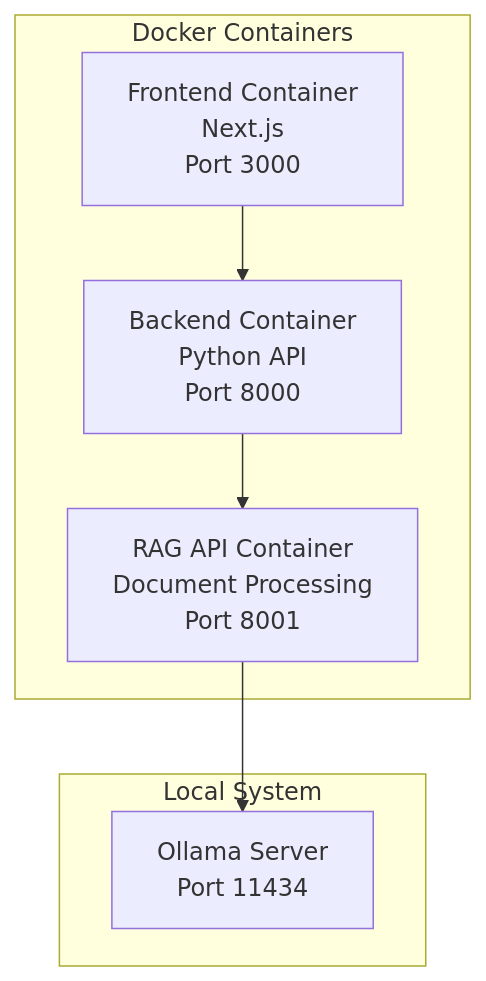
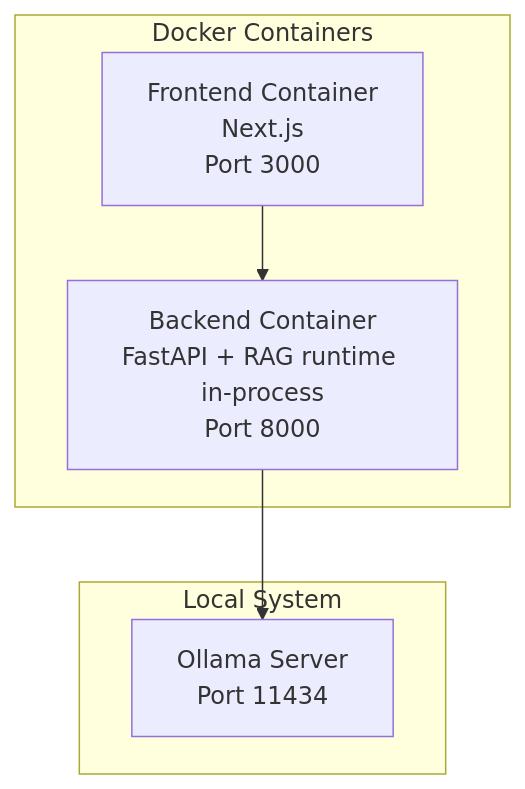
The first of 2 diagrams in Documentation/deployment_guide.md (PromtEngineer/localGPT), drawn with Mermaid before and after one commit. The commit also changed other lines of this file and 21 other files, not shown here.

First line of the commit message:
Retire the standalone RAG API (port 8001)

````diff
--- a/Documentation/deployment_guide.md
+++ b/Documentation/deployment_guide.md
@@ -295,16 +291,14 @@
 ```mermaid
 graph TB
     subgraph "Docker Containers"
         Frontend[Frontend Container<br/>Next.js<br/>Port 3000]
-        Backend[Backend Container<br/>Python API<br/>Port 8000]
-        RAG[RAG API Container<br/>Document Processing<br/>Port 8001]
+        Backend[Backend Container<br/>FastAPI + RAG runtime in-process<br/>Port 8000]
     end
     
     subgraph "Local System"
         Ollama[Ollama Server<br/>Port 11434]
     end
     
     Frontend --> Backend
-    Backend --> RAG
-    RAG --> Ollama
+    Backend --> Ollama
 ```
````
